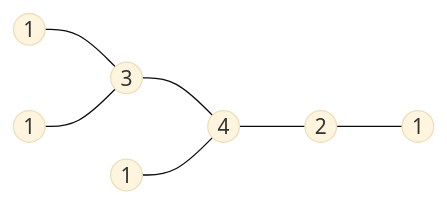
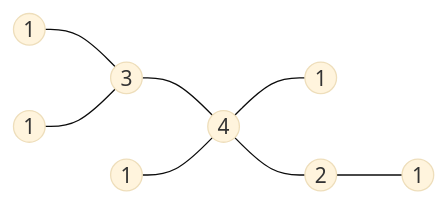
One commit to comarandr/comarandr.github.io changed diagram 11 of 13 in MatematicaDiscreta.md. Above: the diagram before and after it, drawn with Mermaid (base theme). The commit also changed other lines of this file, not shown here.

````diff
--- a/MatematicaDiscreta.md
+++ b/MatematicaDiscreta.md
@@ -649,9 +649,10 @@
 ```mermaid
 graph LR
     A((1)) --- B((3))
     C((1)) --- B((3)) 
     B((3)) --- D((4))
     E((1)) --- D((4))
+    D((4)) --- H((1))
     D((4)) --- F((2))
     F((2)) --- G((1))
 ```
````
